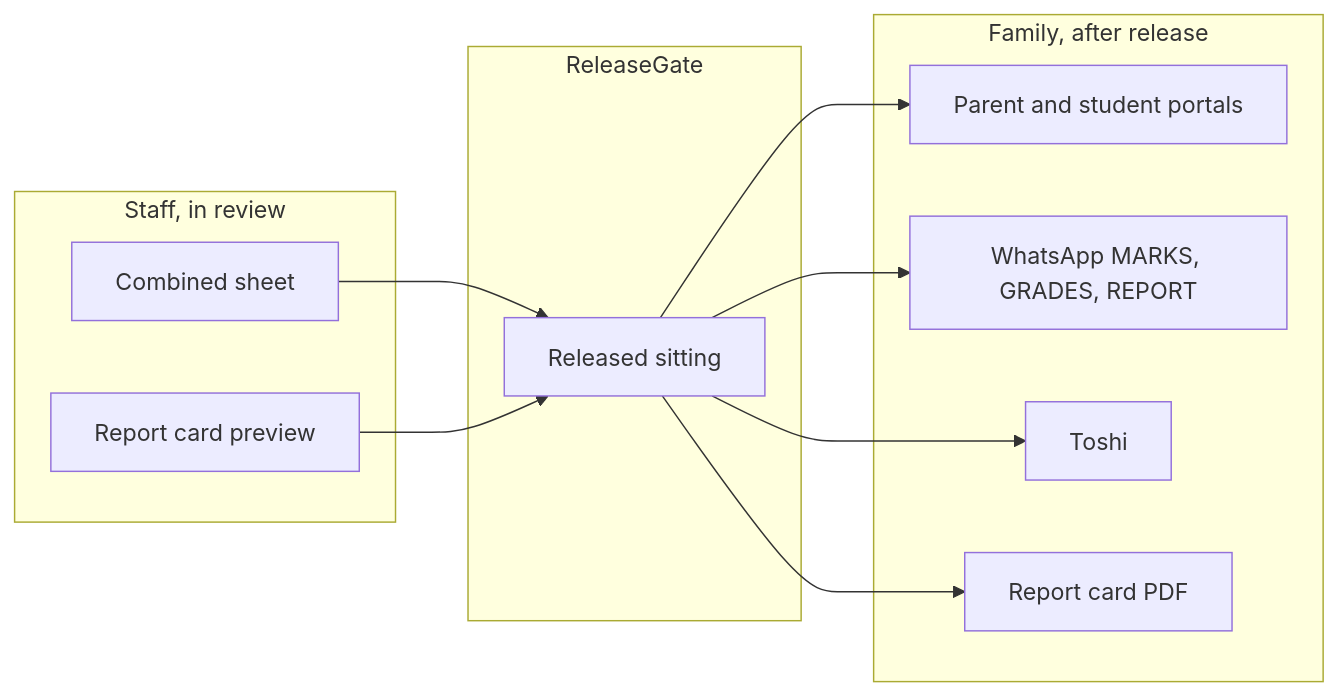
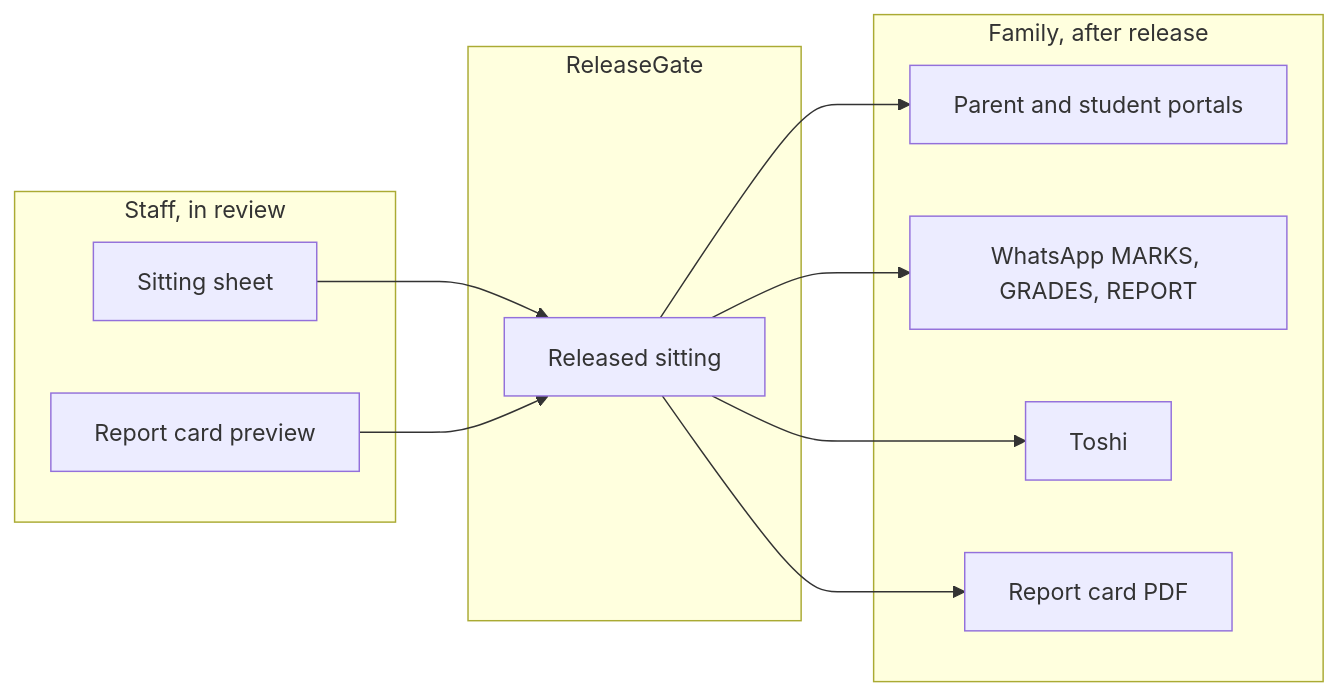
The second of 2 diagrams in docs/product/marks-flow.md (KlassApp-Foundation/KlassApp), drawn with Mermaid before and after one commit. The commit also changed other lines of this file and 1 other file, not shown here.

First line of the commit message:
Record the approved marks-flow decisions and the template gap.

````diff
--- a/docs/product/marks-flow.md
+++ b/docs/product/marks-flow.md
@@ -38,22 +48,22 @@
 ```mermaid
 flowchart LR
   subgraph staff["Staff, in review"]
-    sheet2["Combined sheet"]
+    sheet2["Sitting sheet"]
     cards["Report card preview"]
   end
   subgraph gate["ReleaseGate"]
     rel["Released sitting"]
   end
   subgraph family["Family, after release"]
     portal["Parent and student portals"]
-    wa["WhatsApp MARKS, GRADES, REPORT"]
+    ask["WhatsApp MARKS, GRADES, REPORT"]
     toshi["Toshi"]
     pdf["Report card PDF"]
   end
   sheet2 --> rel
   cards --> rel
   rel --> portal
-  rel --> wa
+  rel --> ask
   rel --> toshi
   rel --> pdf
 ```
````
